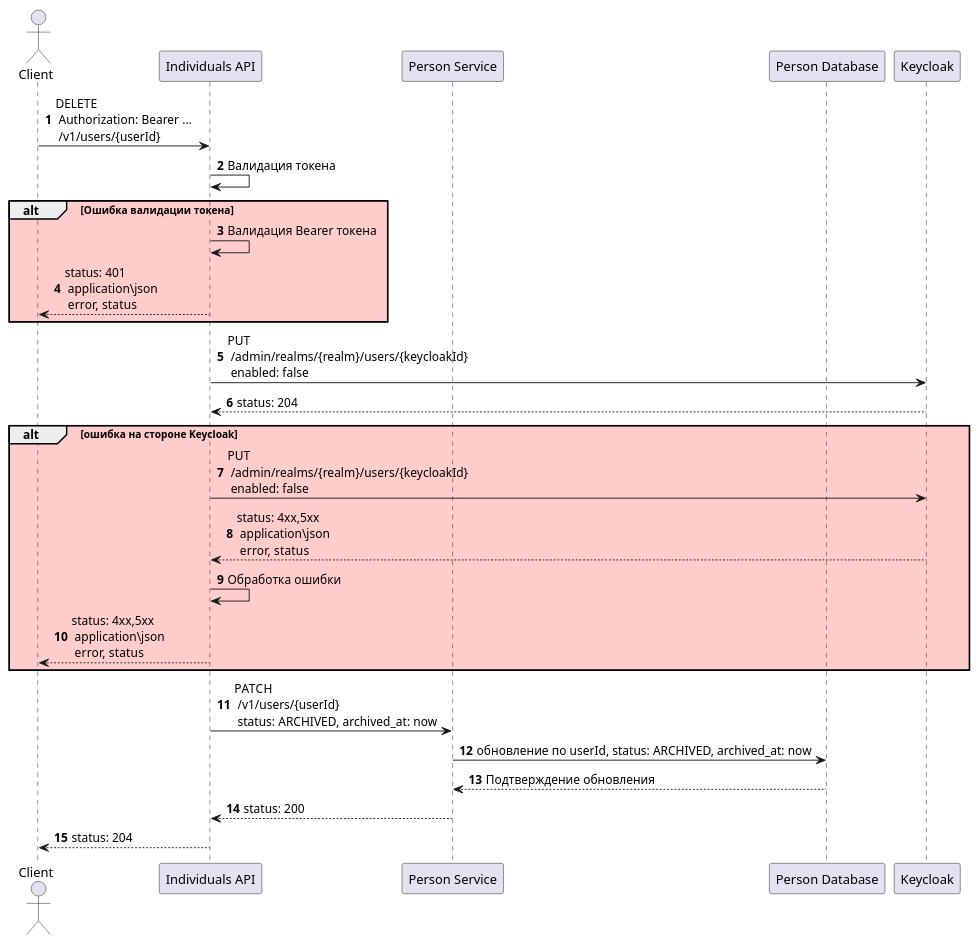
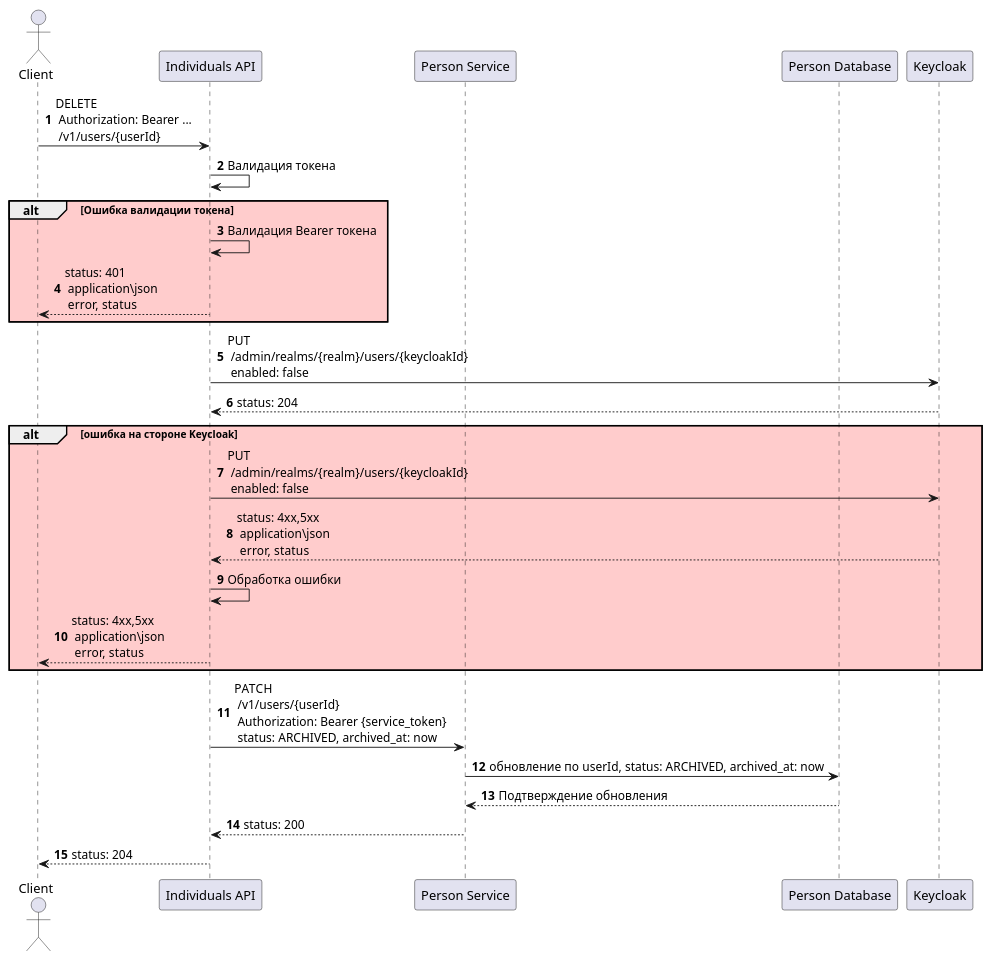
Before and after one commit to Ersted-me/payment-system: the diagram in architecture/sequence/delete-user.puml, drawn with PlantUML. The commit also changed 2 other files, not shown here.

Commit message:
fix seq diagrams

```diff
--- a/architecture/sequence/delete-user.puml
+++ b/architecture/sequence/delete-user.puml
@@ -1,35 +1,35 @@
 @startuml
 
 autonumber
 
 actor Client as client
 participant "Individuals API" as api
 participant "Person Service" as person
 participant "Person Database" as personDb
 participant Keycloak as keycloak
 
 client -> api: DELETE \n Authorization: Bearer ... \n /v1/users/{userId}
 api -> api: Валидация токена
 
 alt #FFCCCC Ошибка валидации токена
 api -> api: Валидация Bearer токена
 api --> client: status: 401 \n application\json \n error, status
 end
 
 api -> keycloak: PUT \n /admin/realms/{realm}/users/{keycloakId} \n enabled: false
 keycloak --> api: status: 204
 
 alt #FFCCCC ошибка на стороне Keycloak
 api -> keycloak: PUT \n /admin/realms/{realm}/users/{keycloakId} \n enabled: false
 keycloak --> api: status: 4xx,5xx \n application\json \n error, status
 api -> api: Обработка ошибки
 api --> client: status: 4xx,5xx \n application\json \n error, status
 end
 
-api -> person: PATCH \n /v1/users/{userId} \n status: ARCHIVED, archived_at: now
+api -> person: PATCH \n /v1/users/{userId} \n Authorization: Bearer {service_token} \n status: ARCHIVED, archived_at: now
 person -> personDb: обновление по userId, status: ARCHIVED, archived_at: now
 personDb --> person: Подтверждение обновления
 person --> api: status: 200
 api --> client: status: 204
 
 @enduml
```
